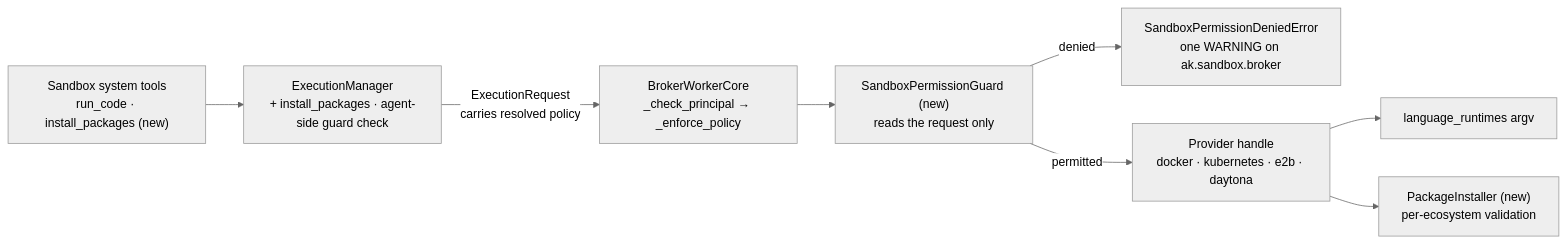
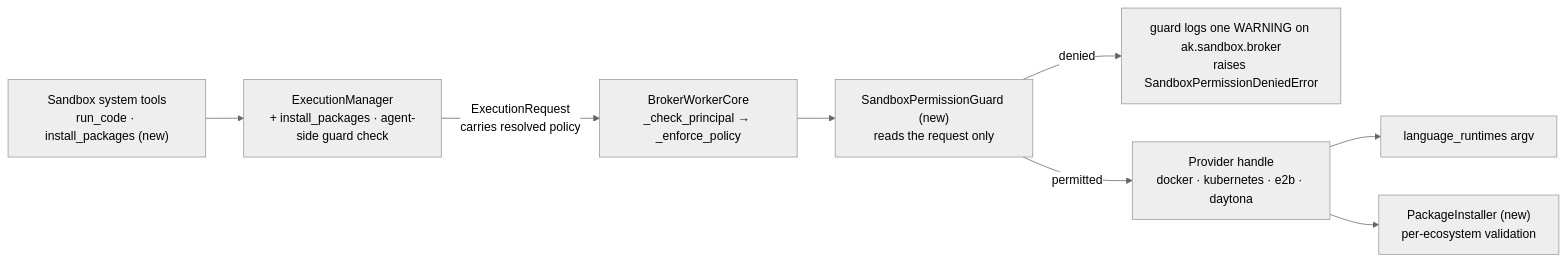
One commit to yaalalabs/agent-kernel changed the diagram in docs/specs/692-sandbox-extended-permissions/design.md. Above: the diagram before and after it, drawn with Mermaid (neutral theme). The commit also changed other lines of this file and 1 other file, not shown here.

Commit message:
docs: update design and diagrams for sandbox extended permissions, clarifying logging behavior and timeout handling

````diff
--- a/docs/specs/692-sandbox-extended-permissions/design.md
+++ b/docs/specs/692-sandbox-extended-permissions/design.md
@@ -243,10 +277,10 @@
 ```mermaid
 graph LR
     T["Sandbox system tools<br/>run_code · install_packages (new)"] --> M["ExecutionManager<br/>+ install_packages · agent-side guard check"]
     M -->|"ExecutionRequest<br/>carries resolved policy"| W["BrokerWorkerCore<br/>_check_principal → _enforce_policy"]
     W --> G["SandboxPermissionGuard (new)<br/>reads the request only"]
-    G -->|denied| E["SandboxPermissionDeniedError<br/>one WARNING on ak.sandbox.broker"]
+    G -->|denied| E["guard logs one WARNING on ak.sandbox.broker<br/>raises SandboxPermissionDeniedError"]
     G -->|permitted| H["Provider handle<br/>docker · kubernetes · e2b · daytona"]
     H --> RT["language_runtimes argv"]
     H --> PI["PackageInstaller (new)<br/>per-ecosystem validation"]
 ```
````
